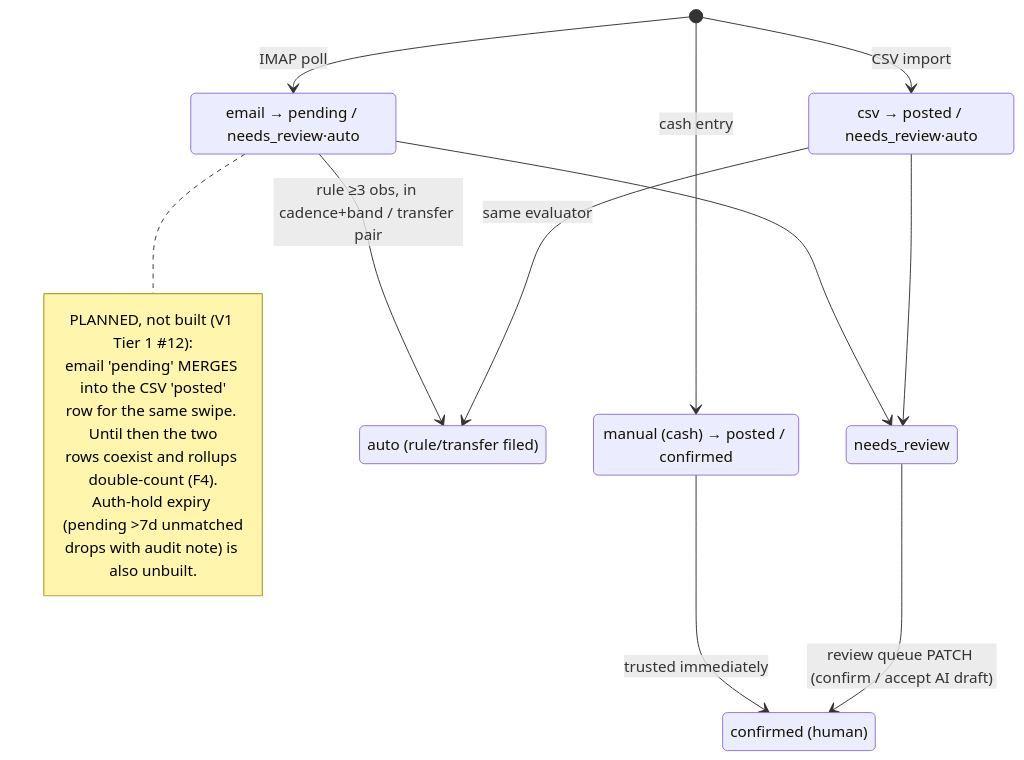
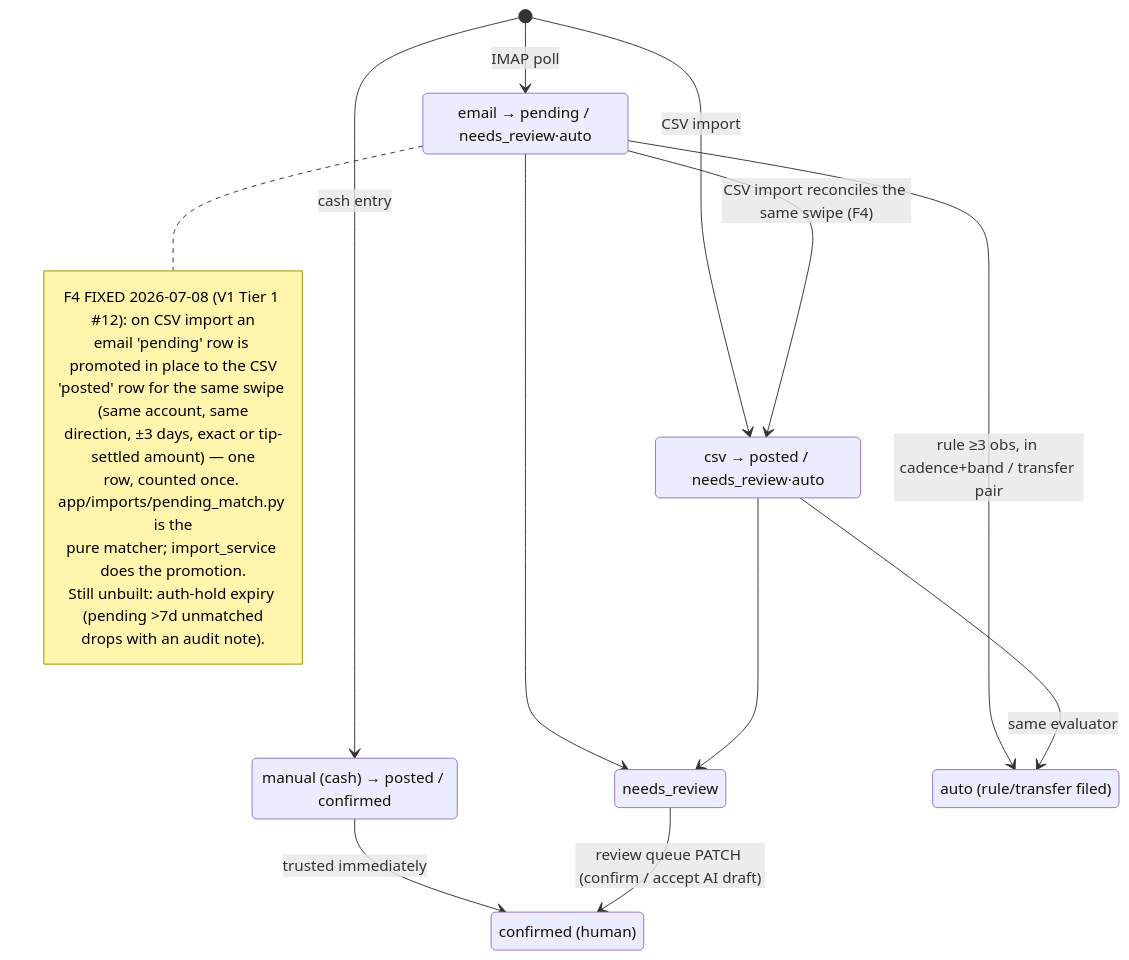
Before and after one commit to CDRaab01/Magpie: the first of 4 diagrams in ARCHITECTURE.md, drawn with Mermaid. The commit also changed other lines of this file and 5 other files, not shown here.

````diff
--- a/ARCHITECTURE.md
+++ b/ARCHITECTURE.md
@@ -92,26 +92,29 @@
 ```mermaid
 stateDiagram-v2
     state "email → pending / needs_review·auto" as E
     state "csv → posted / needs_review·auto" as C
     state "manual (cash) → posted / confirmed" as M
     state "needs_review" as NR
     state "auto (rule/transfer filed)" as AUTO
     state "confirmed (human)" as CONF
     [*] --> E : IMAP poll
     [*] --> C : CSV import
     [*] --> M : cash entry
     E --> NR
     E --> AUTO : rule ≥3 obs, in cadence+band / transfer pair
     C --> NR
     C --> AUTO : same evaluator
     M --> CONF : trusted immediately
     NR --> CONF : review queue PATCH (confirm / accept AI draft)
+    E --> C : CSV import reconciles the same swipe (F4)
     note right of E
-        PLANNED, not built (V1 Tier 1 #12):
-        email 'pending' MERGES into the CSV 'posted'
-        row for the same swipe. Until then the two
-        rows coexist and rollups double-count (F4).
-        Auth-hold expiry (pending >7d unmatched
-        drops with audit note) is also unbuilt.
+        F4 FIXED 2026-07-08 (V1 Tier 1 #12): on CSV import an
+        email 'pending' row is promoted in place to the CSV
+        'posted' row for the same swipe (same account, same
+        direction, ±3 days, exact or tip-settled amount) — one
+        row, counted once. app/imports/pending_match.py is the
+        pure matcher; import_service does the promotion.
+        Still unbuilt: auth-hold expiry (pending >7d unmatched
+        drops with an audit note).
     end note
 ```
````
